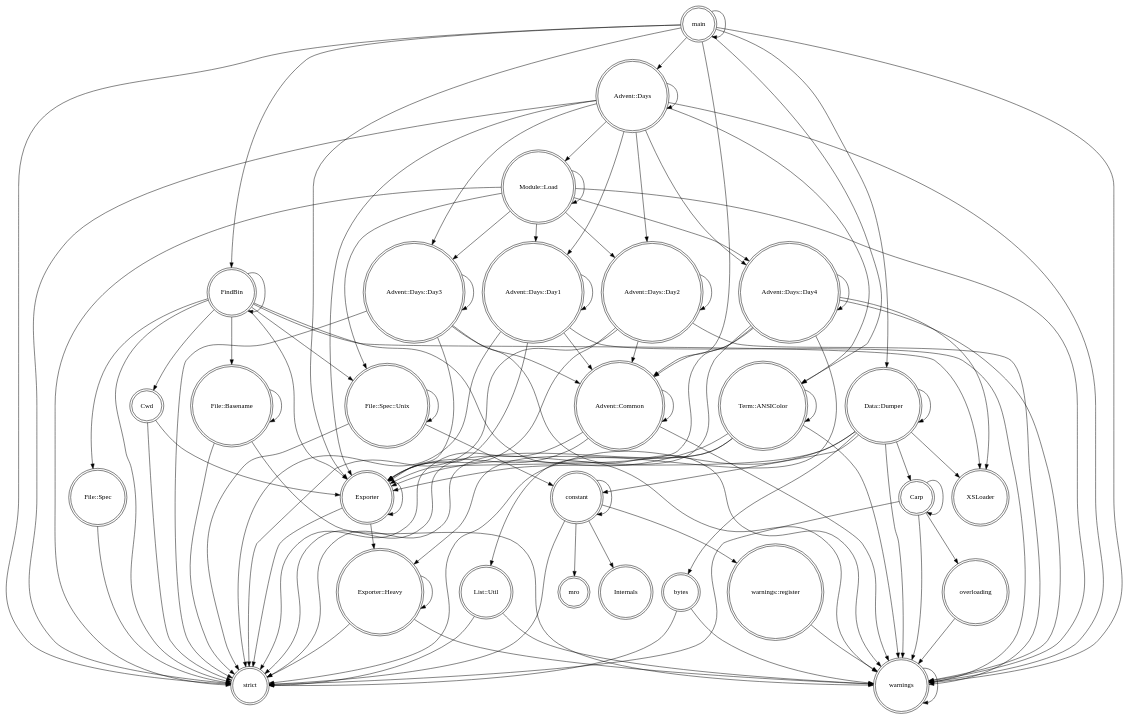
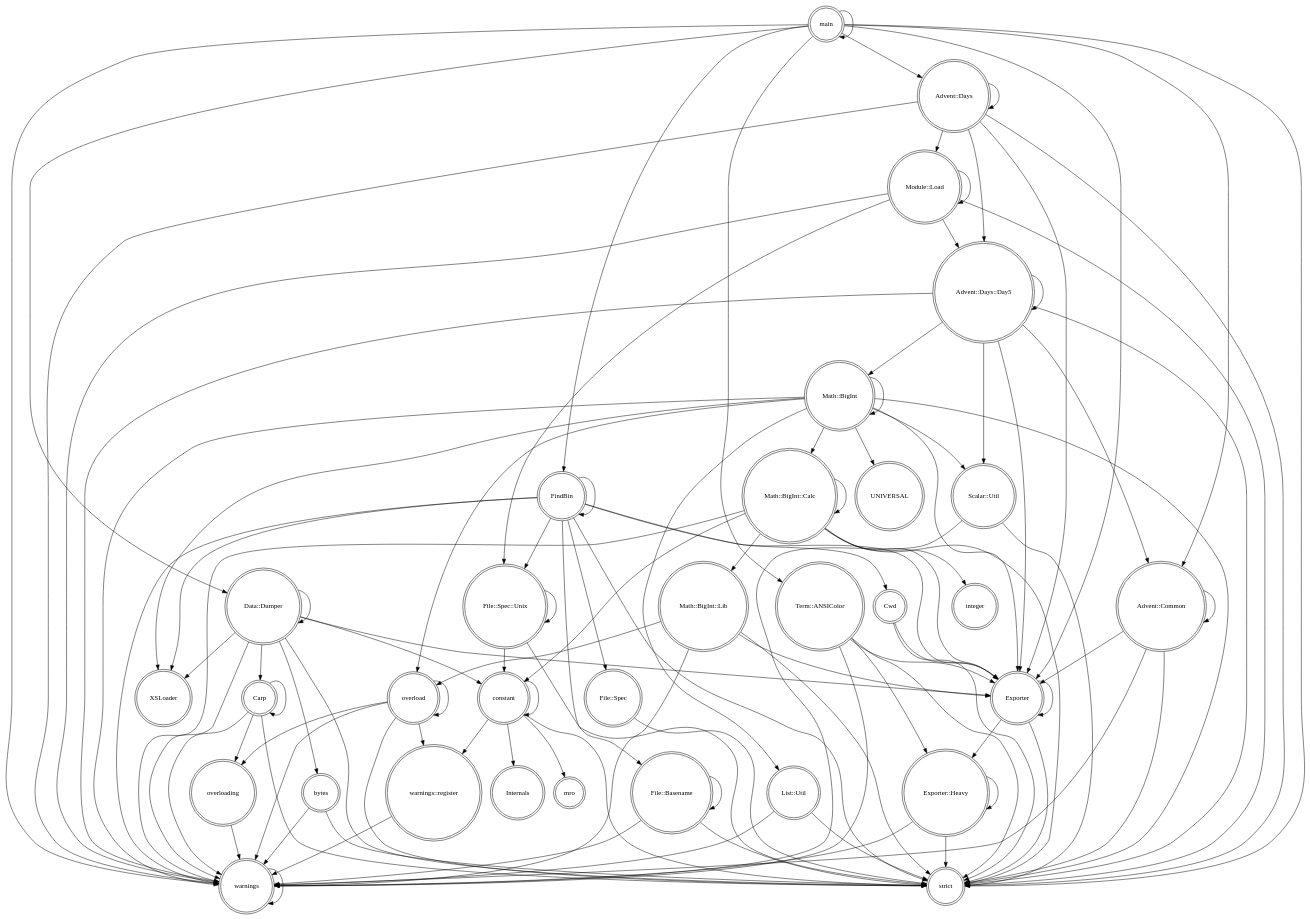
Before and after one commit to ghbuck/Advent-of-Code-2023-Perl: the diagram in nytprof/packages-callgraph.dot, drawn with Graphviz. The commit also changed 44 other files, not shown here.

```diff
--- a/nytprof/packages-callgraph.dot
+++ b/nytprof/packages-callgraph.dot
@@ -1,110 +1,115 @@
 digraph {
 graph [overlap=false]
 node [shape=doublecircle];
+"main" -> "warnings";
+"main" -> "Term::ANSIColor";
+"Math::BigInt::Lib" -> "overload";
+"warnings::register" -> "warnings";
+"Data::Dumper" -> "Carp";
+"Advent::Common" -> "warnings";
+"FindBin" -> "File::Spec";
+"Carp" -> "strict";
+"Data::Dumper" -> "strict";
+"Module::Load" -> "Module::Load";
+"Math::BigInt" -> "XSLoader";
+"main" -> "Advent::Common";
+"Module::Load" -> "File::Spec::Unix";
+"Advent::Days::Day5" -> "Advent::Days::Day5";
+"Math::BigInt" -> "overload";
+"Math::BigInt::Calc" -> "Math::BigInt::Lib";
+"List::Util" -> "warnings";
+"constant" -> "Internals";
+"constant" -> "mro";
+"Advent::Days" -> "Exporter";
+"Module::Load" -> "warnings";
+"File::Spec" -> "strict";
+"Math::BigInt::Lib" -> "Exporter";
+"main" -> "Advent::Days";
+"Advent::Days" -> "Module::Load";
+"Math::BigInt::Calc" -> "Exporter";
+"Math::BigInt::Calc" -> "strict";
+"main" -> "Data::Dumper";
+"Scalar::Util" -> "warnings";
+"List::Util" -> "strict";
+"Advent::Days" -> "Advent::Days";
+"Advent::Common" -> "strict";
+"overloading" -> "warnings";
+"FindBin" -> "File::Basename";
+"Math::BigInt::Calc" -> "integer";
+"Advent::Days::Day5" -> "Math::BigInt";
+"constant" -> "warnings::register";
+"Term::ANSIColor" -> "Exporter";
+"Term::ANSIColor" -> "Exporter::Heavy";
+"Module::Load" -> "strict";
+"Data::Dumper" -> "Data::Dumper";
+"Math::BigInt::Calc" -> "constant";
+"FindBin" -> "FindBin";
+"Math::BigInt" -> "Scalar::Util";
+"File::Spec::Unix" -> "constant";
+"Carp" -> "overloading";
+"Module::Load" -> "Advent::Days::Day5";
+"FindBin" -> "Cwd";
+"File::Spec::Unix" -> "strict";
+"constant" -> "constant";
+"Advent::Days::Day5" -> "strict";
+"Exporter" -> "Exporter::Heavy";
+"warnings" -> "warnings";
+"overload" -> "overload";
+"main" -> "FindBin";
+"Advent::Common" -> "Exporter";
+"Scalar::Util" -> "strict";
+"Advent::Days" -> "strict";
+"Advent::Days" -> "warnings";
+"Math::BigInt" -> "warnings";
+"constant" -> "strict";
+"Math::BigInt" -> "Math::BigInt::Calc";
+"Advent::Common" -> "Advent::Common";
+"File::Basename" -> "warnings";
+"bytes" -> "warnings";
+"Data::Dumper" -> "constant";
+"Math::BigInt" -> "Exporter";
+"Math::BigInt::Lib" -> "warnings";
+"Math::BigInt::Calc" -> "Math::BigInt::Calc";
+"FindBin" -> "File::Spec::Unix";
+"main" -> "Exporter";
+"overload" -> "strict";
+"Data::Dumper" -> "XSLoader";
+"Advent::Days::Day5" -> "Exporter";
+"Math::BigInt" -> "Math::BigInt";
+"Math::BigInt" -> "strict";
+"Data::Dumper" -> "Exporter";
+"Math::BigInt" -> "UNIVERSAL";
+"Advent::Days" -> "Advent::Days::Day5";
+"Term::ANSIColor" -> "warnings";
+"overload" -> "warnings";
+"main" -> "main";
+"bytes" -> "strict";
+"FindBin" -> "Exporter";
+"Math::BigInt::Calc" -> "warnings";
+"Advent::Days::Day5" -> "warnings";
+"Advent::Days::Day5" -> "Advent::Common";
+"overload" -> "overloading";
+"Data::Dumper" -> "warnings";
+"Math::BigInt" -> "List::Util";
+"Exporter" -> "Exporter";
+"Term::ANSIColor" -> "strict";
+"Math::BigInt::Lib" -> "strict";
+"File::Basename" -> "File::Basename";
+"Exporter::Heavy" -> "Exporter::Heavy";
+"Cwd" -> "Exporter";
+"Exporter::Heavy" -> "strict";
+"Advent::Days::Day5" -> "Scalar::Util";
+"Exporter::Heavy" -> "warnings";
+"FindBin" -> "warnings";
+"File::Spec::Unix" -> "File::Spec::Unix";
+"Carp" -> "warnings";
+"overload" -> "warnings::register";
+"Cwd" -> "strict";
+"main" -> "strict";
+"FindBin" -> "strict";
+"Carp" -> "Carp";
 "File::Basename" -> "strict";
-"File::Basename" -> "File::Basename";
-"FindBin" -> "Cwd";
-"Data::Dumper" -> "Carp";
-"Advent::Days" -> "warnings";
-"Data::Dumper" -> "Data::Dumper";
-"Advent::Days::Day3" -> "Advent::Days::Day3";
-"Advent::Days::Day4" -> "warnings";
-"main" -> "warnings";
-"Data::Dumper" -> "constant";
-"main" -> "Advent::Days";
-"FindBin" -> "warnings";
-"Cwd" -> "Exporter";
-"Advent::Days::Day2" -> "strict";
-"Term::ANSIColor" -> "Exporter";
-"File::Spec::Unix" -> "constant";
-"Advent::Days::Day2" -> "Advent::Common";
-"List::Util" -> "warnings";
-"Advent::Days::Day4" -> "Advent::Days::Day4";
-"FindBin" -> "strict";
-"FindBin" -> "File::Basename";
-"Exporter" -> "Exporter";
-"File::Spec::Unix" -> "strict";
-"Module::Load" -> "strict";
-"FindBin" -> "FindBin";
-"Advent::Days::Day4" -> "List::Util";
-"Advent::Days" -> "Advent::Days::Day3";
-"Module::Load" -> "File::Spec::Unix";
-"Module::Load" -> "Advent::Days::Day1";
-"main" -> "FindBin";
-"List::Util" -> "strict";
-"Advent::Days::Day4" -> "XSLoader";
-"FindBin" -> "File::Spec::Unix";
-"Module::Load" -> "Module::Load";
-"Advent::Days::Day2" -> "Advent::Days::Day2";
-"Carp" -> "warnings";
-"constant" -> "strict";
-"Advent::Days" -> "Exporter";
-"Advent::Days::Day3" -> "warnings";
+"FindBin" -> "XSLoader";
 "Exporter" -> "strict";
-"Advent::Days::Day1" -> "Advent::Days::Day1";
-"Advent::Common" -> "strict";
-"Advent::Days" -> "Module::Load";
-"Advent::Days" -> "Term::ANSIColor";
-"Advent::Days" -> "Advent::Days::Day4";
-"Advent::Days::Day1" -> "warnings";
-"FindBin" -> "XSLoader";
-"constant" -> "mro";
-"Carp" -> "Carp";
-"Advent::Days::Day1" -> "Advent::Common";
-"Advent::Days::Day3" -> "Advent::Common";
-"File::Spec::Unix" -> "File::Spec::Unix";
-"Advent::Days" -> "Advent::Days";
-"main" -> "Data::Dumper";
-"Data::Dumper" -> "XSLoader";
-"File::Spec" -> "strict";
-"Advent::Days::Day4" -> "Advent::Common";
-"Advent::Days::Day2" -> "warnings";
-"Exporter::Heavy" -> "Exporter::Heavy";
-"Advent::Days::Day3" -> "Exporter";
-"constant" -> "warnings::register";
-"FindBin" -> "File::Spec";
-"File::Basename" -> "warnings";
-"Carp" -> "overloading";
-"Term::ANSIColor" -> "Term::ANSIColor";
-"bytes" -> "warnings";
-"Term::ANSIColor" -> "Exporter::Heavy";
-"Module::Load" -> "Advent::Days::Day2";
-"Advent::Days::Day1" -> "strict";
-"Cwd" -> "strict";
-"warnings::register" -> "warnings";
-"Carp" -> "strict";
-"main" -> "main";
-"FindBin" -> "Exporter";
-"Advent::Days" -> "strict";
-"Module::Load" -> "Advent::Days::Day3";
-"Module::Load" -> "Advent::Days::Day4";
-"warnings" -> "warnings";
-"Module::Load" -> "warnings";
-"Advent::Common" -> "Advent::Common";
-"overloading" -> "warnings";
-"Exporter::Heavy" -> "warnings";
-"Advent::Days::Day1" -> "Exporter";
-"Data::Dumper" -> "Exporter";
-"Advent::Days::Day4" -> "Exporter";
-"Advent::Days" -> "Advent::Days::Day1";
-"Advent::Days" -> "Advent::Days::Day2";
-"Advent::Days::Day2" -> "Exporter";
-"constant" -> "Internals";
-"Term::ANSIColor" -> "strict";
-"Data::Dumper" -> "strict";
-"bytes" -> "strict";
-"constant" -> "constant";
-"main" -> "Exporter";
 "Data::Dumper" -> "bytes";
-"Advent::Common" -> "warnings";
-"Advent::Days::Day4" -> "strict";
-"Advent::Common" -> "Exporter";
-"main" -> "Advent::Common";
-"Exporter::Heavy" -> "strict";
-"Term::ANSIColor" -> "warnings";
-"main" -> "Term::ANSIColor";
-"main" -> "strict";
-"Data::Dumper" -> "warnings";
-"Advent::Days::Day3" -> "strict";
-"Exporter" -> "Exporter::Heavy";
 }
```
